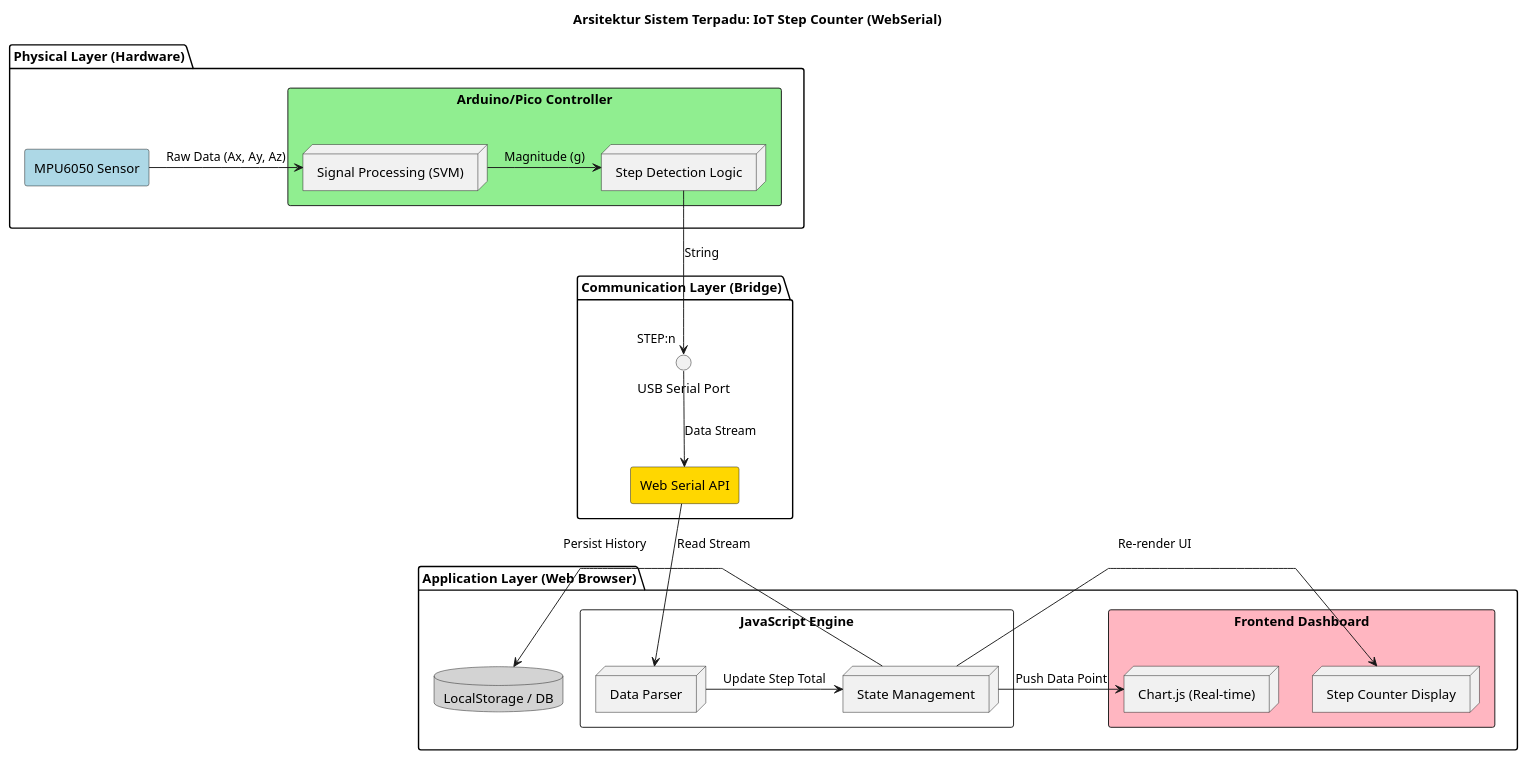
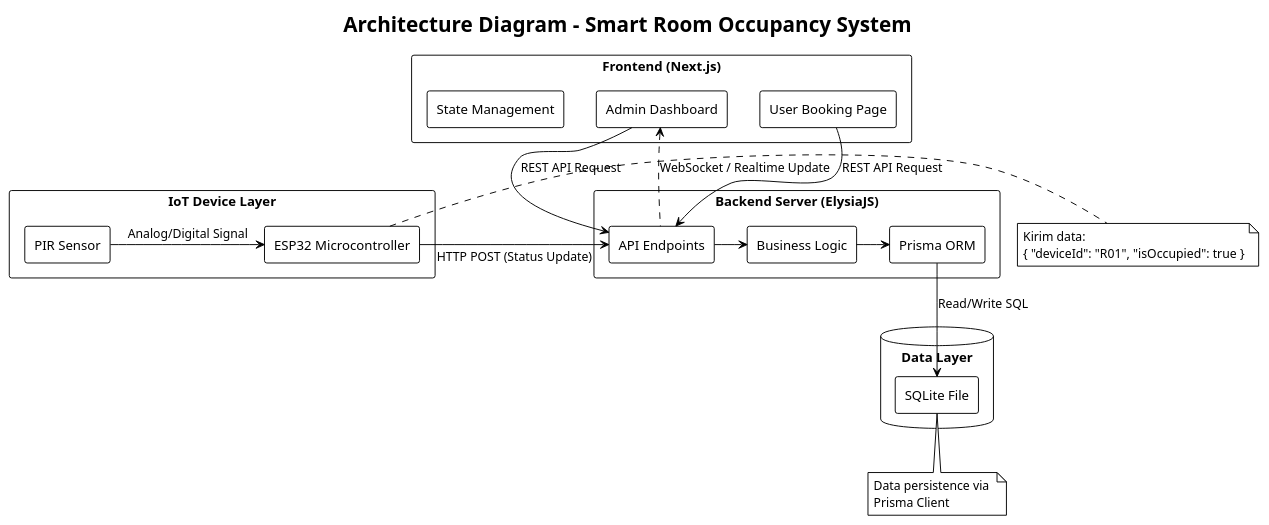
The diagram in diagram/arsitektur diagram.puml (E-PPAW-TI503P-2025/PROJECT_KEL1_BODYSENSOR), drawn with PlantUML before and after one commit.

Commit message:
arsitek d

```diff
--- a/diagram/arsitektur diagram.puml
+++ b/diagram/arsitektur diagram.puml
@@ -1,47 +1,49 @@
 @startuml
-title Arsitektur Sistem Terpadu: IoT Step Counter (WebSerial)
+!theme plain
+skinparam componentStyle rectangle
+skinparam packageStyle rectangle
 
-skinparam componentStyle rectangle
-skinparam linetype polyline
+title Architecture Diagram - Smart Room Occupancy System
 
-package "Physical Layer (Hardware)" {
-    component "MPU6050 Sensor" as Sensor #LightBlue
-    component "Arduino/Pico Controller" as MCU #LightGreen {
-        node "Signal Processing (SVM)" as SVM
-        node "Step Detection Logic" as Logic
-    }
+package "IoT Device Layer" {
+    [PIR Sensor] as PIR
+    [ESP32 Microcontroller] as ESP32
+    PIR -> ESP32 : Analog/Digital Signal
 }
 
-package "Communication Layer (Bridge)" {
-    interface "USB Serial Port" as USB
-    component "Web Serial API" as WebSerial #Gold
+package "Backend Server (ElysiaJS)" {
+    [API Endpoints] as API
+    [Business Logic] as Logic
+    [Prisma ORM] as Prisma
+    
+    API -> Logic
+    Logic -> Prisma
 }
 
-package "Application Layer (Web Browser)" {
-    component "Frontend Dashboard" as UI #LightPink {
-        node "Chart.js (Real-time)" as Chart
-        node "Step Counter Display" as Display
-    }
-    
-    component "JavaScript Engine" as JS {
-        node "Data Parser" as Parser
-        node "State Management" as State
-    }
-    
-    database "LocalStorage / DB" as DB #LightGrey
+database "Data Layer" {
+    [SQLite File] as DB
 }
 
-'--- Alur Data ---
-Sensor -right-> SVM : Raw Data (Ax, Ay, Az)
-SVM -right-> Logic : Magnitude (g)
-Logic -down-> USB : String "STEP:n"
+package "Frontend (Next.js)" {
+    [Admin Dashboard] as AdminUI
+    [User Booking Page] as UserUI
+    [State Management] as Store
+}
 
-USB -down-> WebSerial : Data Stream
-WebSerial -down-> Parser : Read Stream
+' Relations
+ESP32 -right-> API : HTTP POST (Status Update)
+Prisma -down-> DB : Read/Write SQL
+AdminUI -down-> API : REST API Request
+UserUI -down-> API : REST API Request
+API .up.> AdminUI : WebSocket / Realtime Update
 
-Parser -> State : Update Step Total
-State -> Display : Re-render UI
-State -> Chart : Push Data Point
-State -> DB : Persist History
+note right of ESP32
+  Kirim data:
+  { "deviceId": "R01", "isOccupied": true }
+end note
 
+note bottom of DB
+  Data persistence via 
+  Prisma Client
+end note
 @enduml
```
